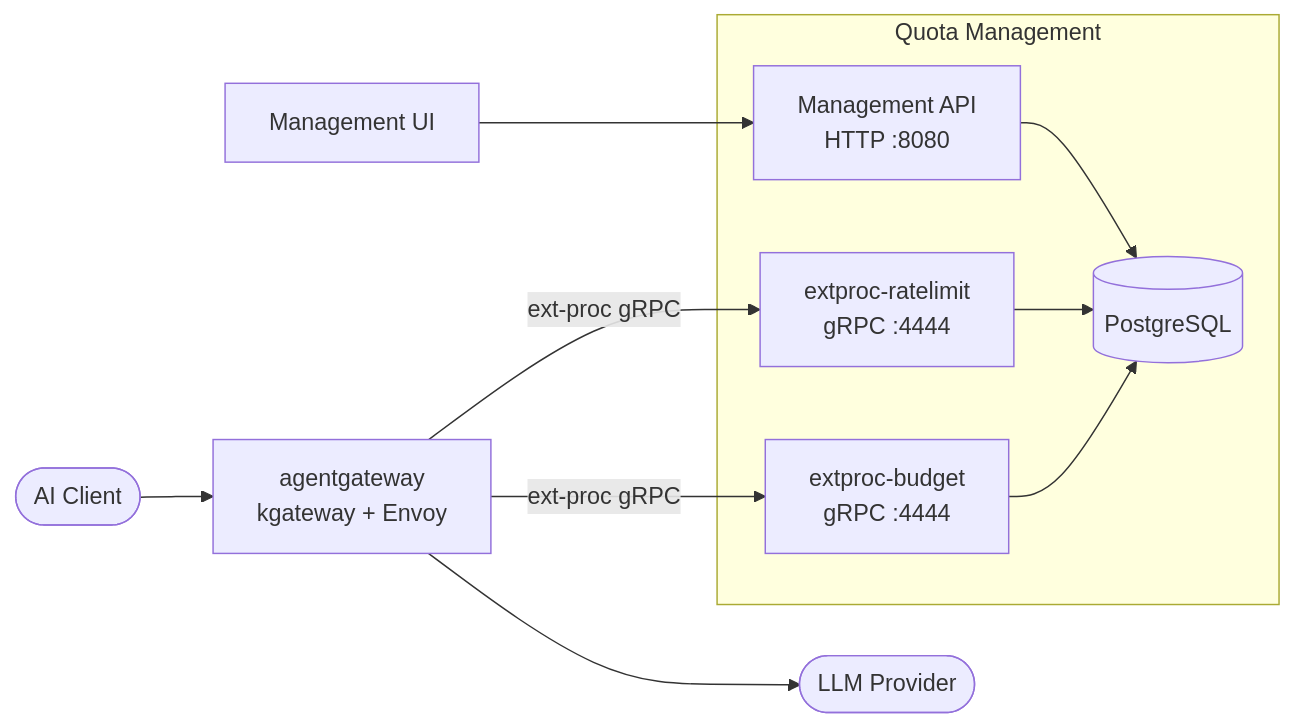
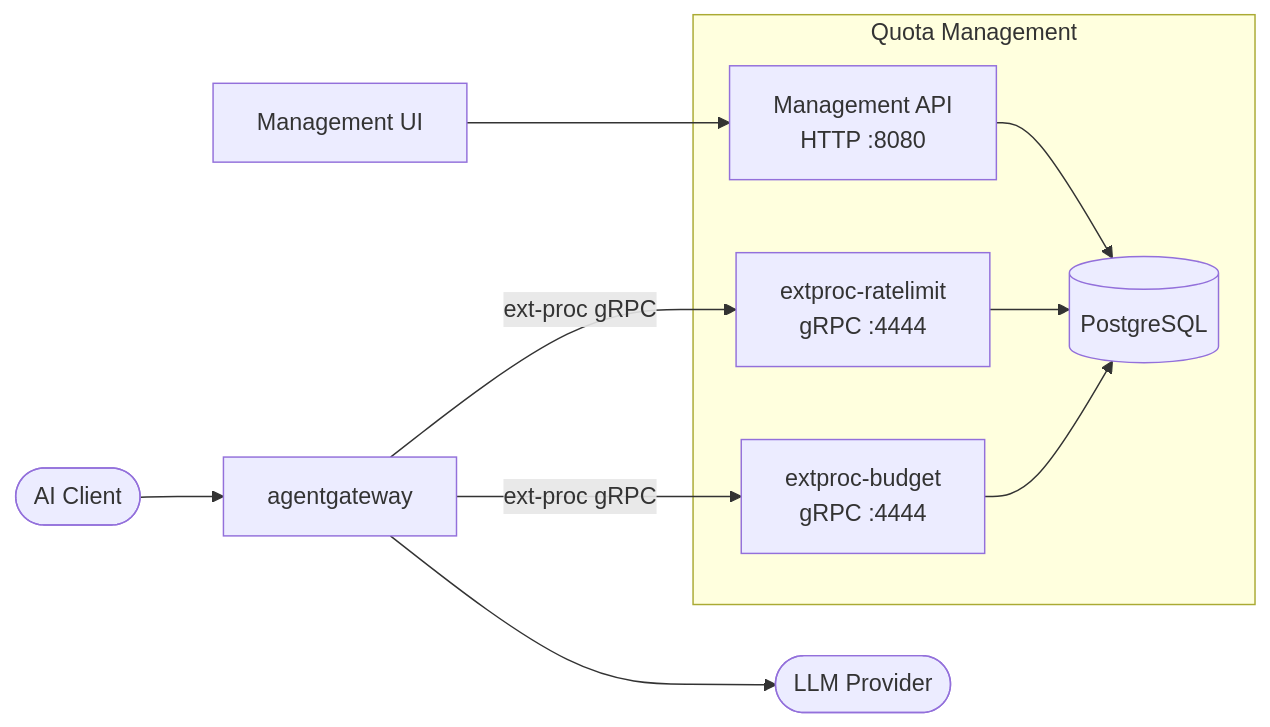
The first of 2 diagrams in 03-cost-control/README.md (solo-io/field-poc-hdfc), drawn with Mermaid before and after one commit. The commit also changed other lines of this file, not shown here.

Commit message:
Update README.md
minor fix

````diff
--- a/03-cost-control/README.md
+++ b/03-cost-control/README.md
@@ -13,23 +11,23 @@
 ```mermaid
 graph LR
     client([AI Client])
-    agw[agentgateway\nkgateway + Envoy]
+    agw[agentgateway]
     llm([LLM Provider])
     ui[Management UI]
 
     subgraph quota [Quota Management]
         budget[extproc-budget\ngRPC :4444]
         ratelimit[extproc-ratelimit\ngRPC :4444]
         api[Management API\nHTTP :8080]
         db[(PostgreSQL)]
     end
 
     client --> agw
     agw -->|ext-proc gRPC| budget
     agw -->|ext-proc gRPC| ratelimit
     agw --> llm
     budget --> db
     ratelimit --> db
     api --> db
     ui --> api
 ```
````
